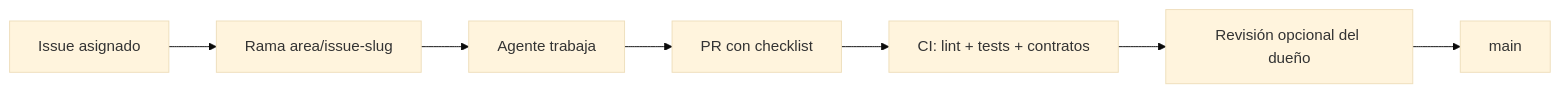
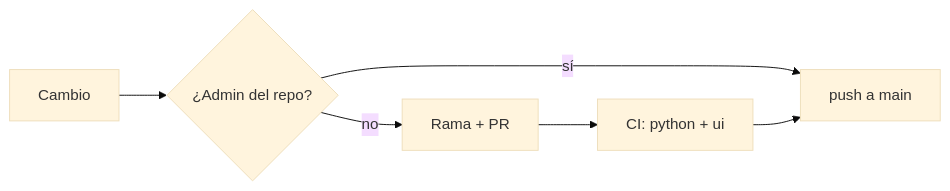
One commit to Alanzphy/Earth-System-Trend-Detective changed the diagram in docs/collaboration.md. Above: the diagram before and after it, drawn with Mermaid (base theme). The commit also changed other lines of this file and 2 other files, not shown here.

First line of the commit message:
docs: align collaboration process with the no-issue workflow

````diff
--- a/docs/collaboration.md
+++ b/docs/collaboration.md
@@ -14,9 +14,8 @@
 ```mermaid
 flowchart LR
-  I[Issue asignado] --> B[Rama area/issue-slug]
-  B --> A[Agente trabaja]
-  A --> PR[PR con checklist]
-  PR --> CI[CI: lint + tests + contratos]
-  CI --> R[Revisión opcional del dueño]
-  R --> M[main]
+  W[Cambio] --> Q{¿Admin del repo?}
+  Q -->|sí| M[push a main]
+  Q -->|no| PR[Rama + PR]
+  PR --> CI[CI: python + ui]
+  CI --> M
 ```
````
